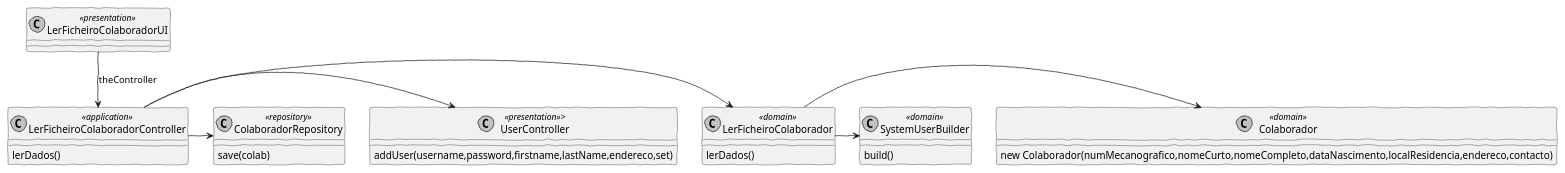
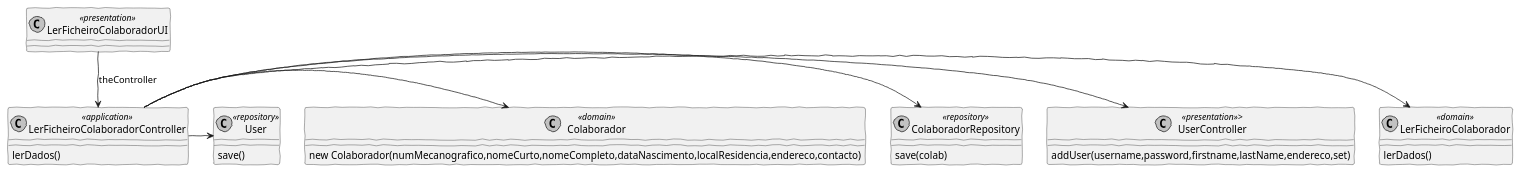
Before and after one commit to pedrolemos4/LAPR4: the diagram in docs/US2051/CD_Ficheiro.puml, drawn with PlantUML. The commit also changed 8 other files, not shown here.

```diff
--- a/docs/US2051/CD_Ficheiro.puml
+++ b/docs/US2051/CD_Ficheiro.puml
@@ -1,39 +1,38 @@
 @startuml
 'http://plantuml.com/skinparam.html
 skinparam handwritten true
 skinparam monochrome true
 skinparam packageStyle rect
 skinparam defaultFontName FG Virgil
 skinparam shadowing false
 
 class LerFicheiroColaboradorUI <<presentation>>
 class LerFicheiroColaboradorController <<application>>
 class LerFicheiroColaborador <<domain>>
 class Colaborador <<domain>>
-class SystemUserBuilder <<domain>>
 class UserController <<presentation>>>
 class ColaboradorRepository <<repository>>
+class User <<repository>>
 
 
 LerFicheiroColaboradorUI --> LerFicheiroColaboradorController : theController
 
 LerFicheiroColaboradorController -> LerFicheiroColaborador
 LerFicheiroColaboradorController -> UserController
 LerFicheiroColaboradorController -> ColaboradorRepository
-
-LerFicheiroColaborador -> Colaborador
-LerFicheiroColaborador -> SystemUserBuilder
+LerFicheiroColaboradorController -> Colaborador
+LerFicheiroColaboradorController -> User
 
 Colaborador : new Colaborador(numMecanografico,nomeCurto,nomeCompleto,dataNascimento,localResidencia,endereco,contacto)
 
 LerFicheiroColaborador : lerDados()
 
-SystemUserBuilder : build()
+ColaboradorRepository : save(colab)
 
-ColaboradorRepository : save(colab)
+User : save()
 
 LerFicheiroColaboradorController : lerDados()
 
 UserController : addUser(username,password,firstname,lastName,endereco,set)
 
 @enduml
```
